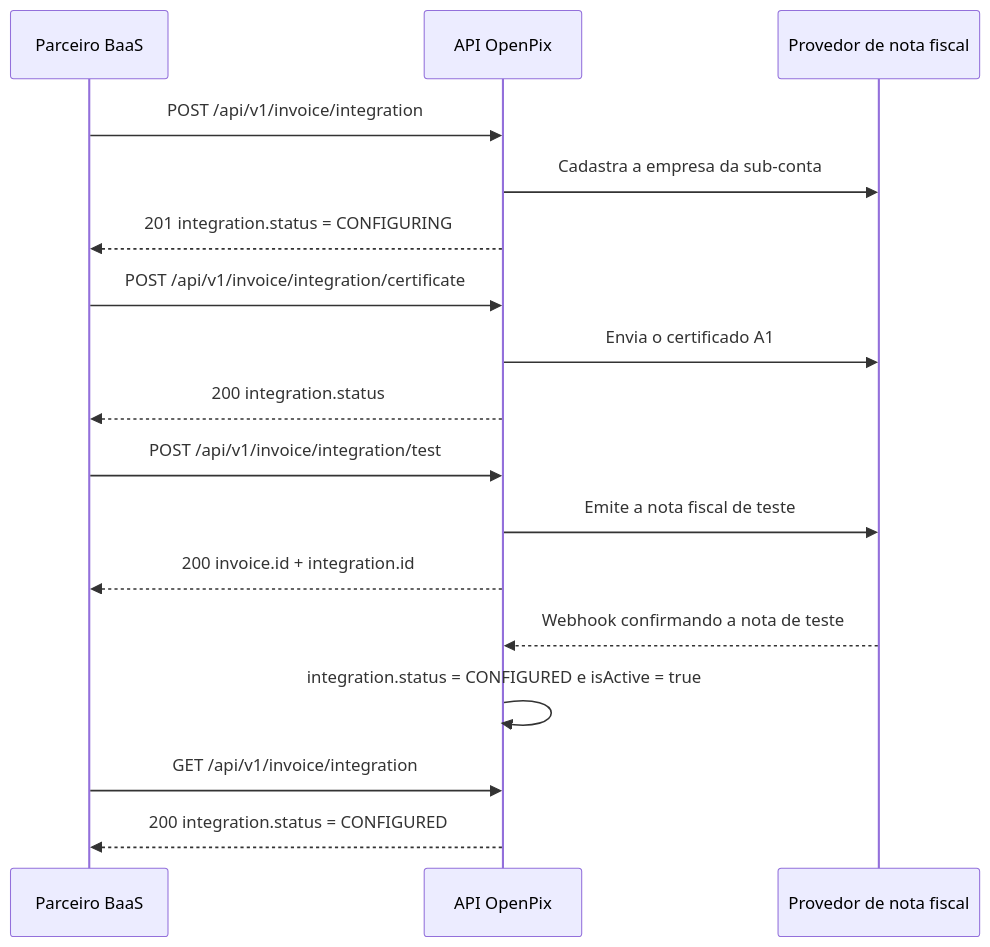
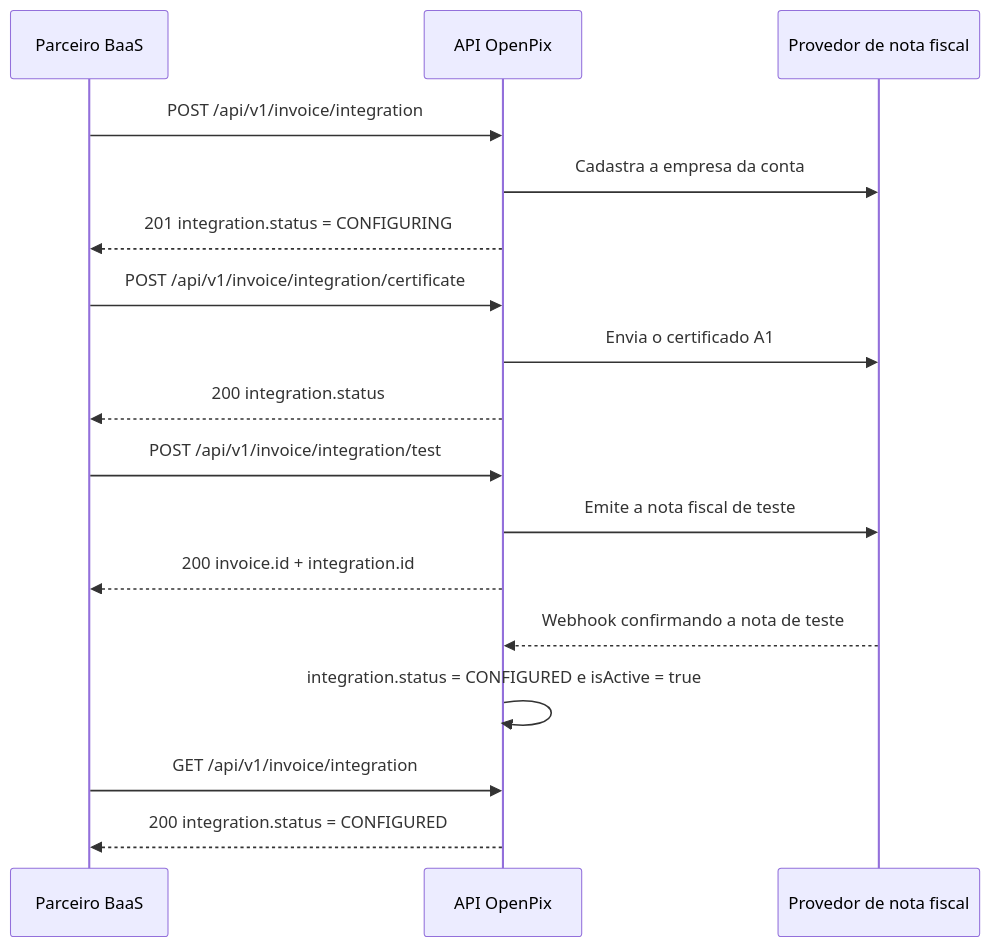
Before and after one commit to Open-Pix/openpix-developers: the diagram in docs/baas/__assets__/baas-invoice-integration-flow.mmd, drawn with Mermaid. The commit also changed 4 other files, not shown here.

```diff
--- a/docs/baas/__assets__/baas-invoice-integration-flow.mmd
+++ b/docs/baas/__assets__/baas-invoice-integration-flow.mmd
@@ -1,21 +1,21 @@
 sequenceDiagram
     participant P as Parceiro BaaS
     participant W as API OpenPix
     participant N as Provedor de nota fiscal
 
     P->>W: POST /api/v1/invoice/integration
-    W->>N: Cadastra a empresa da sub-conta
+    W->>N: Cadastra a empresa da conta
     W-->>P: 201 integration.status = CONFIGURING
 
     P->>W: POST /api/v1/invoice/integration/certificate
     W->>N: Envia o certificado A1
     W-->>P: 200 integration.status
 
     P->>W: POST /api/v1/invoice/integration/test
     W->>N: Emite a nota fiscal de teste
     W-->>P: 200 invoice.id + integration.id
     N-->>W: Webhook confirmando a nota de teste
     W->>W: integration.status = CONFIGURED e isActive = true
 
     P->>W: GET /api/v1/invoice/integration
     W-->>P: 200 integration.status = CONFIGURED
```
